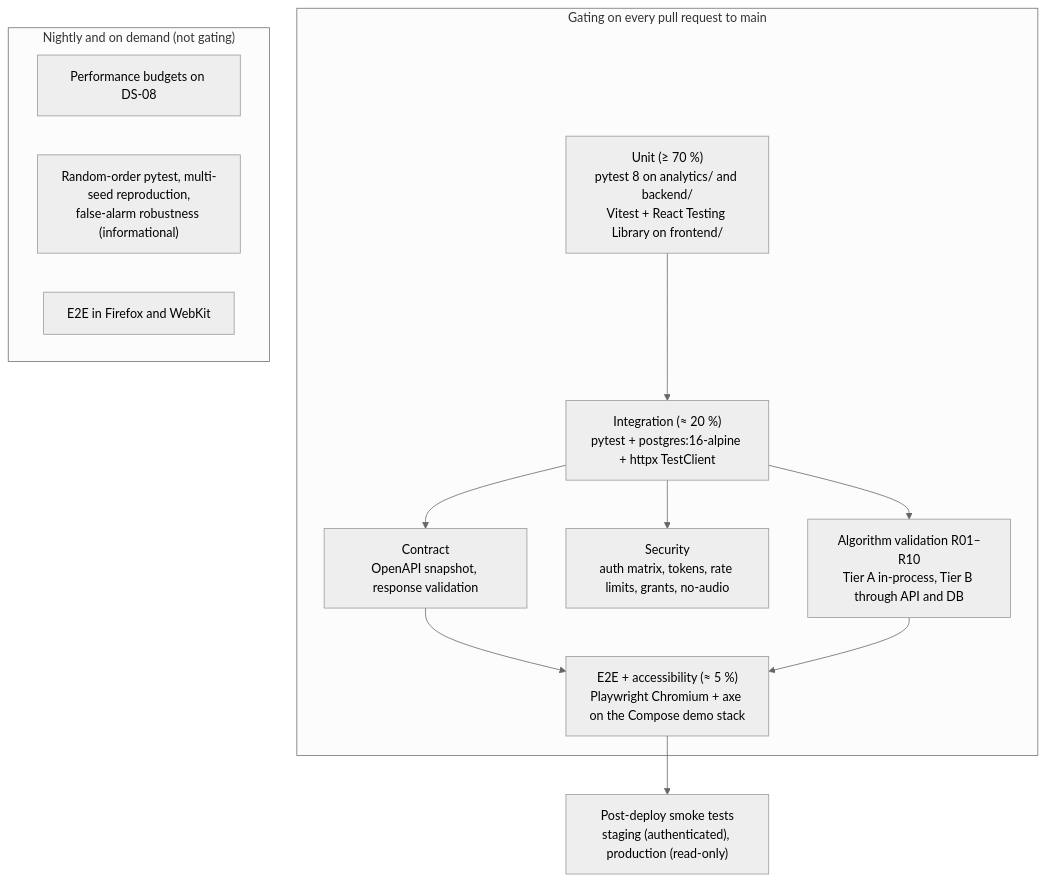
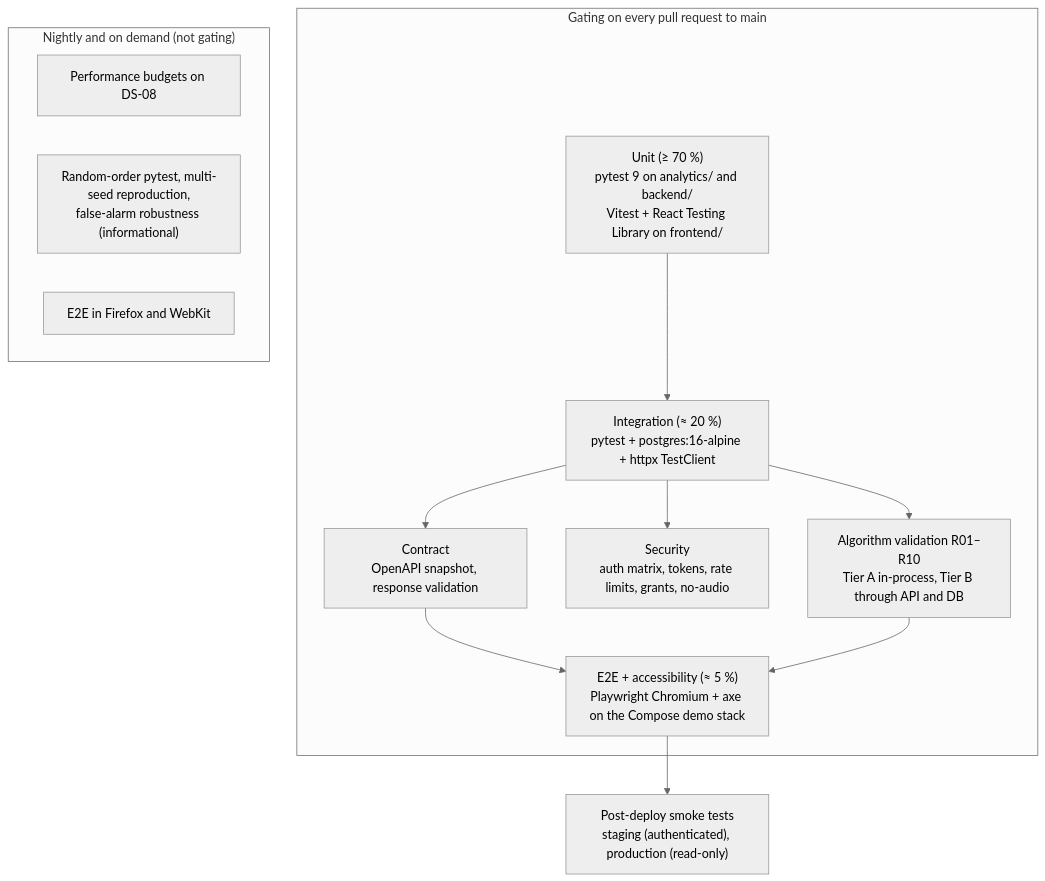
The first of 3 diagrams in docs/design/Testing_Architecture.md (EchoWellApp/echowell), drawn with Mermaid (neutral theme) before and after one commit. The commit also changed other lines of this file and 16 other files, not shown here.

````diff
--- a/docs/design/Testing_Architecture.md
+++ b/docs/design/Testing_Architecture.md
@@ -11,20 +11,20 @@
 ```mermaid
 flowchart TB
   subgraph PR["Gating on every pull request to main"]
-    U["Unit (≥ 70 %)<br/>pytest 8 on analytics/ and backend/<br/>Vitest + React Testing Library on frontend/"]
+    U["Unit (≥ 70 %)<br/>pytest 9 on analytics/ and backend/<br/>Vitest + React Testing Library on frontend/"]
     I["Integration (≈ 20 %)<br/>pytest + postgres:16-alpine + httpx TestClient"]
     C["Contract<br/>OpenAPI snapshot, response validation"]
     S["Security<br/>auth matrix, tokens, rate limits, grants, no-audio"]
     V["Algorithm validation R01–R10<br/>Tier A in-process, Tier B through API and DB"]
     E["E2E + accessibility (≈ 5 %)<br/>Playwright Chromium + axe on the Compose demo stack"]
     U --> I --> C --> E
     I --> S
     I --> V --> E
   end
   subgraph NIGHT["Nightly and on demand (not gating)"]
     P["Performance budgets on DS-08"]
     R["Random-order pytest, multi-seed reproduction,<br/>false-alarm robustness (informational)"]
     X["E2E in Firefox and WebKit"]
   end
   E --> SM["Post-deploy smoke tests<br/>staging (authenticated), production (read-only)"]
 ```
````
